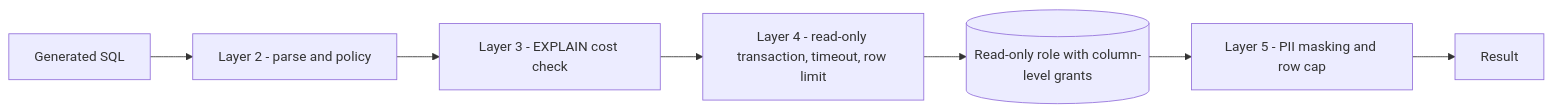
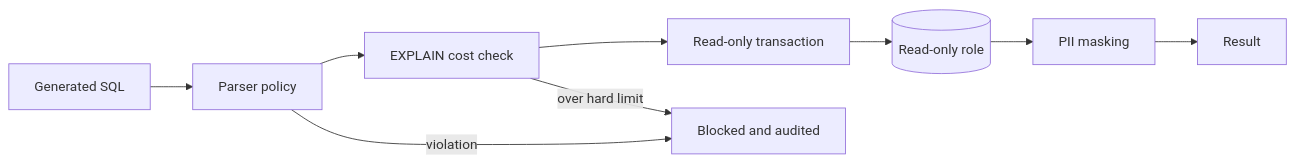
The third of 5 diagrams in README.md (RAJDEEKSHITH/querycraft), drawn with Mermaid before and after one commit. The commit also changed other lines of this file and 3 other files, not shown here.

````diff
--- a/README.md
+++ b/README.md
@@ -100,9 +87,11 @@
 ```mermaid
 flowchart LR
-  Q[Generated SQL] --> L2[Layer 2 - parse and policy]
-  L2 --> L3[Layer 3 - EXPLAIN cost check]
-  L3 --> L4[Layer 4 - read-only transaction, timeout, row limit]
-  L4 --> DB[(Read-only role with column-level grants)]
-  DB --> L5[Layer 5 - PII masking and row cap]
-  L5 --> R[Result]
+  SQL[Generated SQL] --> P[Parser policy]
+  P --> C[EXPLAIN cost check]
+  C --> T[Read-only transaction]
+  T --> R[(Read-only role)]
+  R --> M[PII masking]
+  M --> OK[Result]
+  P -->|violation| X[Blocked and audited]
+  C -->|over hard limit| X
 ```
````
